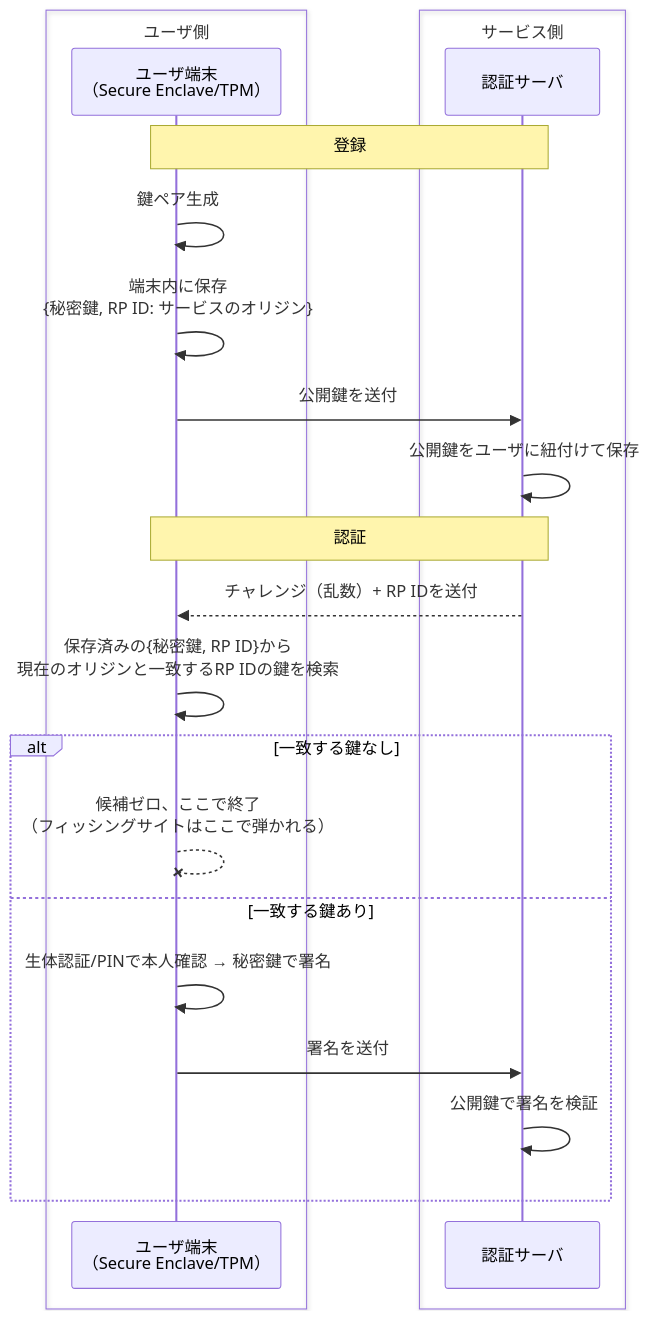
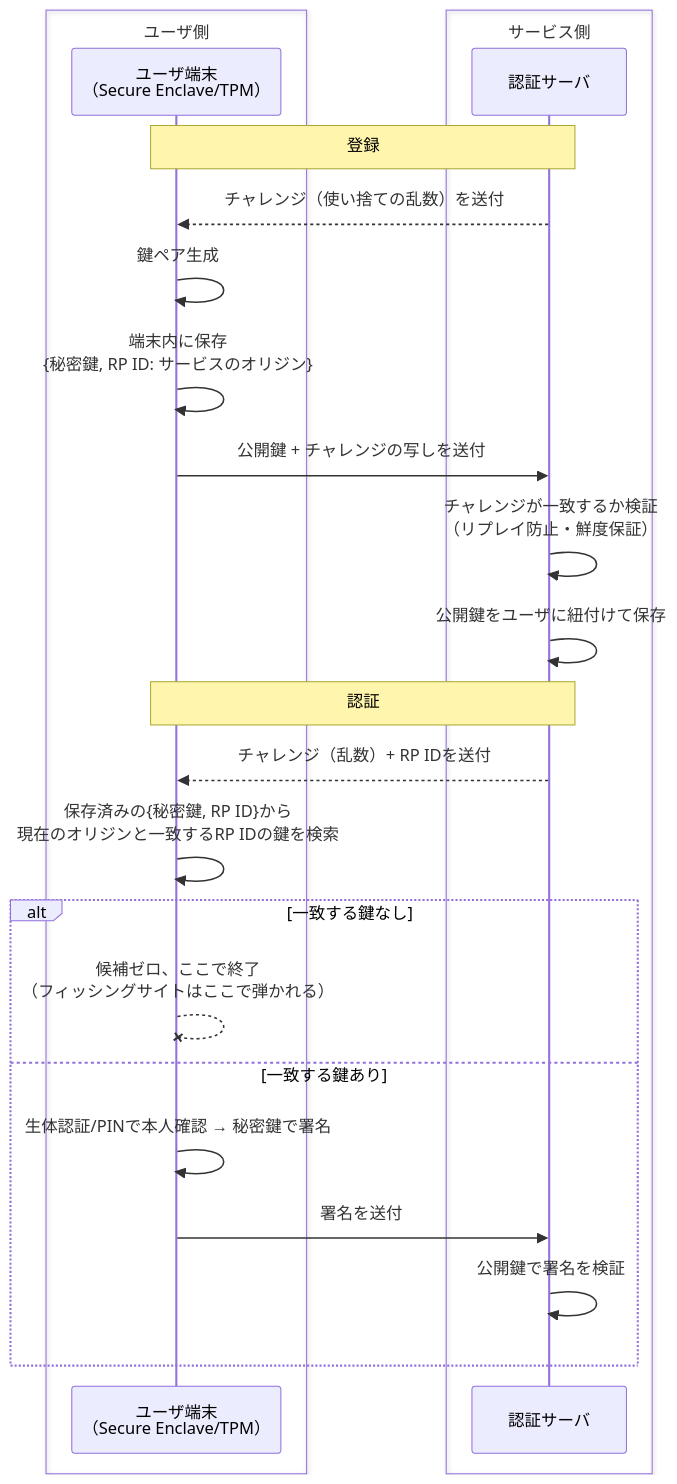
Before and after one commit to Bassiy/share_knowledge: the diagram in concepts/passkey.md, drawn with Mermaid. The commit also changed other lines of this file, not shown here.

````diff
--- a/concepts/passkey.md
+++ b/concepts/passkey.md
@@ -12,26 +12,28 @@
 ```mermaid
 sequenceDiagram
     box ユーザ側
     participant Device as ユーザ端末<br/>（Secure Enclave/TPM）
     end
     box サービス側
     participant Server as 認証サーバ
     end
 
     Note over Device,Server: 登録
+    Server-->>Device: チャレンジ（使い捨ての乱数）を送付
     Device->>Device: 鍵ペア生成
     Device->>Device: 端末内に保存<br/>{秘密鍵, RP ID: サービスのオリジン}
-    Device->>Server: 公開鍵を送付
+    Device->>Server: 公開鍵 + チャレンジの写しを送付
+    Server->>Server: チャレンジが一致するか検証<br/>（リプレイ防止・鮮度保証）
     Server->>Server: 公開鍵をユーザに紐付けて保存
 
     Note over Device,Server: 認証
     Server-->>Device: チャレンジ（乱数）+ RP IDを送付
     Device->>Device: 保存済みの{秘密鍵, RP ID}から<br/>現在のオリジンと一致するRP IDの鍵を検索
     alt 一致する鍵なし
         Device--xDevice: 候補ゼロ、ここで終了<br/>（フィッシングサイトはここで弾かれる）
     else 一致する鍵あり
         Device->>Device: 生体認証/PINで本人確認 → 秘密鍵で署名
         Device->>Server: 署名を送付
         Server->>Server: 公開鍵で署名を検証
     end
 ```
````
